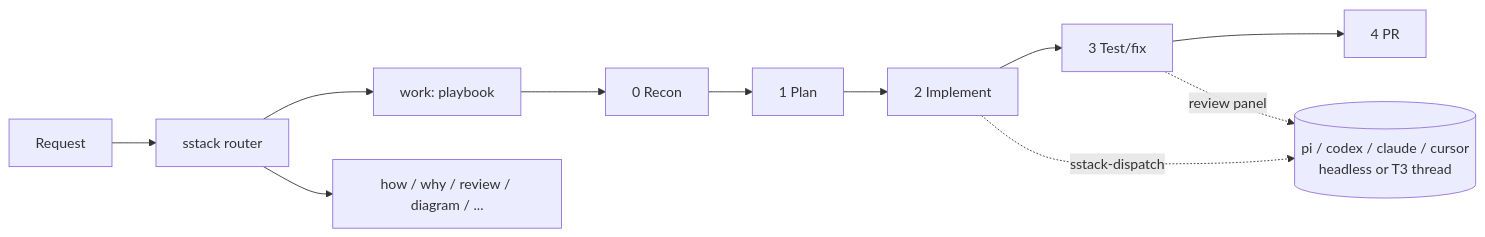
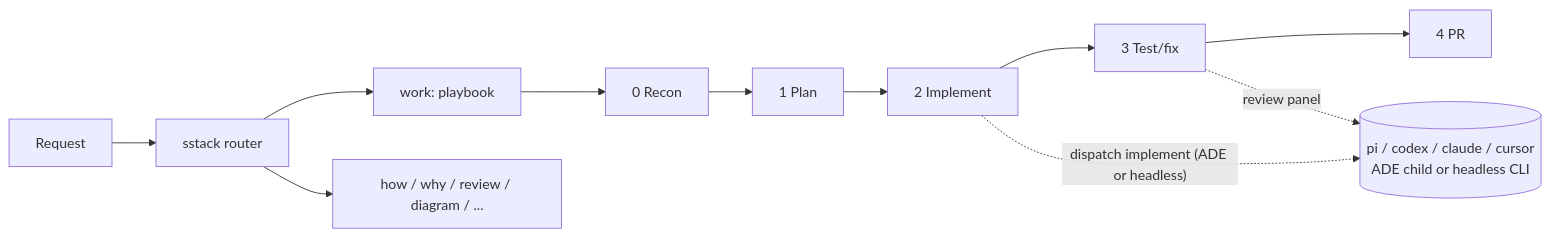
The diagram in README.md (cobeo2004/sstack), drawn with Mermaid before and after one commit. The commit also changed other lines of this file and 16 other files, not shown here.

````diff
--- a/README.md
+++ b/README.md
@@ -30,9 +31,9 @@
 ```mermaid
 flowchart LR
     U[Request] --> R[sstack router]
     R --> W[work: playbook]
     R --> O[how / why / review / diagram / ...]
     W --> P0[0 Recon] --> P1[1 Plan] --> P2[2 Implement] --> P3[3 Test/fix] --> P4[4 PR]
-    P2 -. sstack-dispatch .-> H[(pi / codex / claude / cursor<br/>headless or T3 thread)]
+    P2 -. dispatch implement (ADE or headless) .-> H[(pi / codex / claude / cursor<br/>ADE child or headless CLI)]
     P3 -. review panel .-> H
 ```
````
